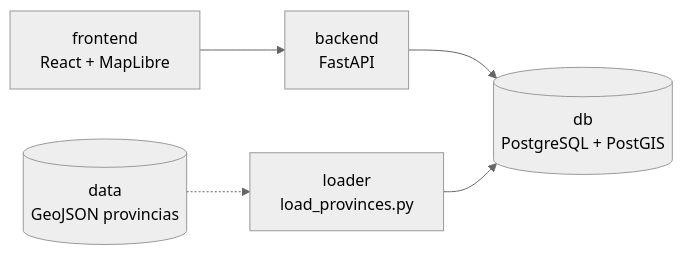
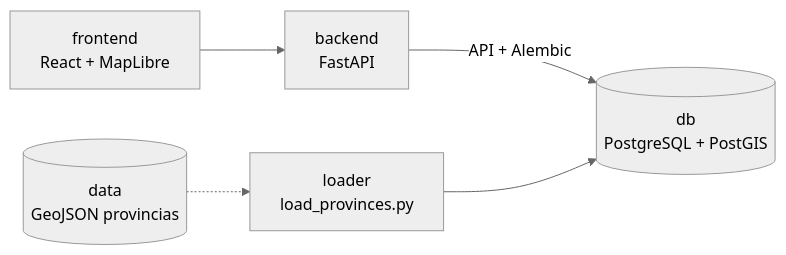
The diagram in README.md (andresgarcia2001/atlas-territorial), drawn with Mermaid (neutral theme) before and after one commit. The commit also changed other lines of this file and 16 other files, not shown here.

Commit message:
Implement Alembic for database migrations and refactor backend structure

````diff
--- a/README.md
+++ b/README.md
@@ -17,7 +18,7 @@
 ```mermaid
 flowchart LR
   frontend[frontend<br/>React + MapLibre] --> backend[backend<br/>FastAPI]
-  backend --> db[(db<br/>PostgreSQL + PostGIS)]
+  backend -->|API + Alembic| db[(db<br/>PostgreSQL + PostGIS)]
   loader[loader<br/>load_provinces.py] --> db
   data[(data<br/>GeoJSON provincias)] -.-> loader
 ```
````
